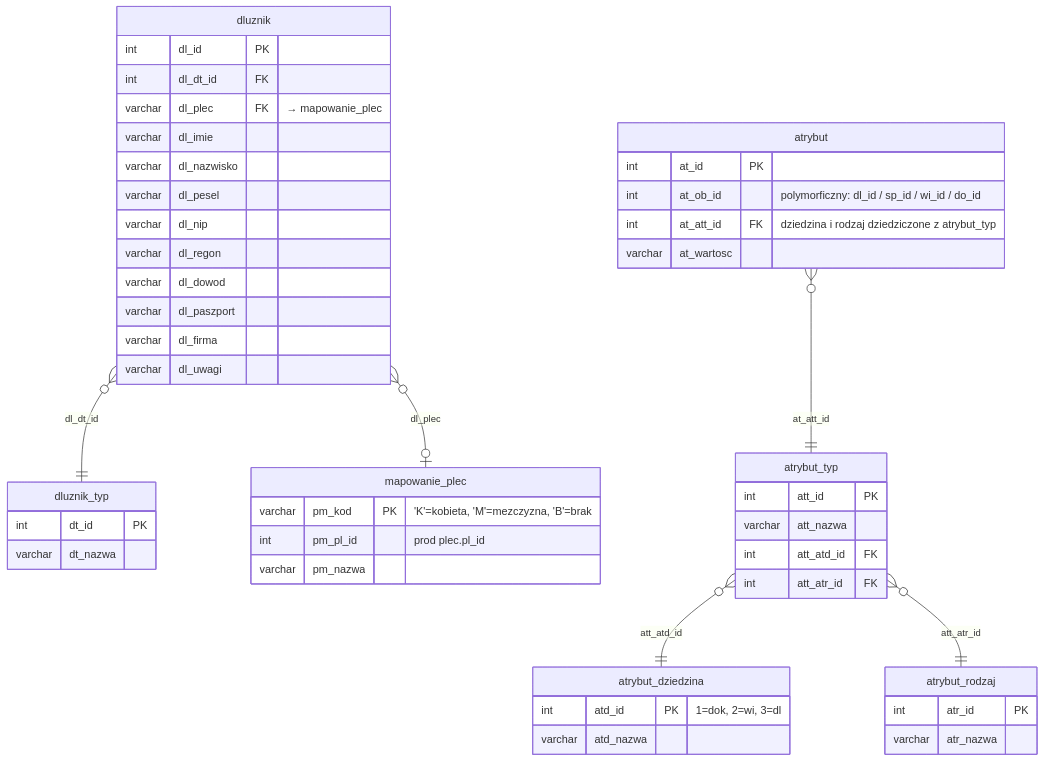
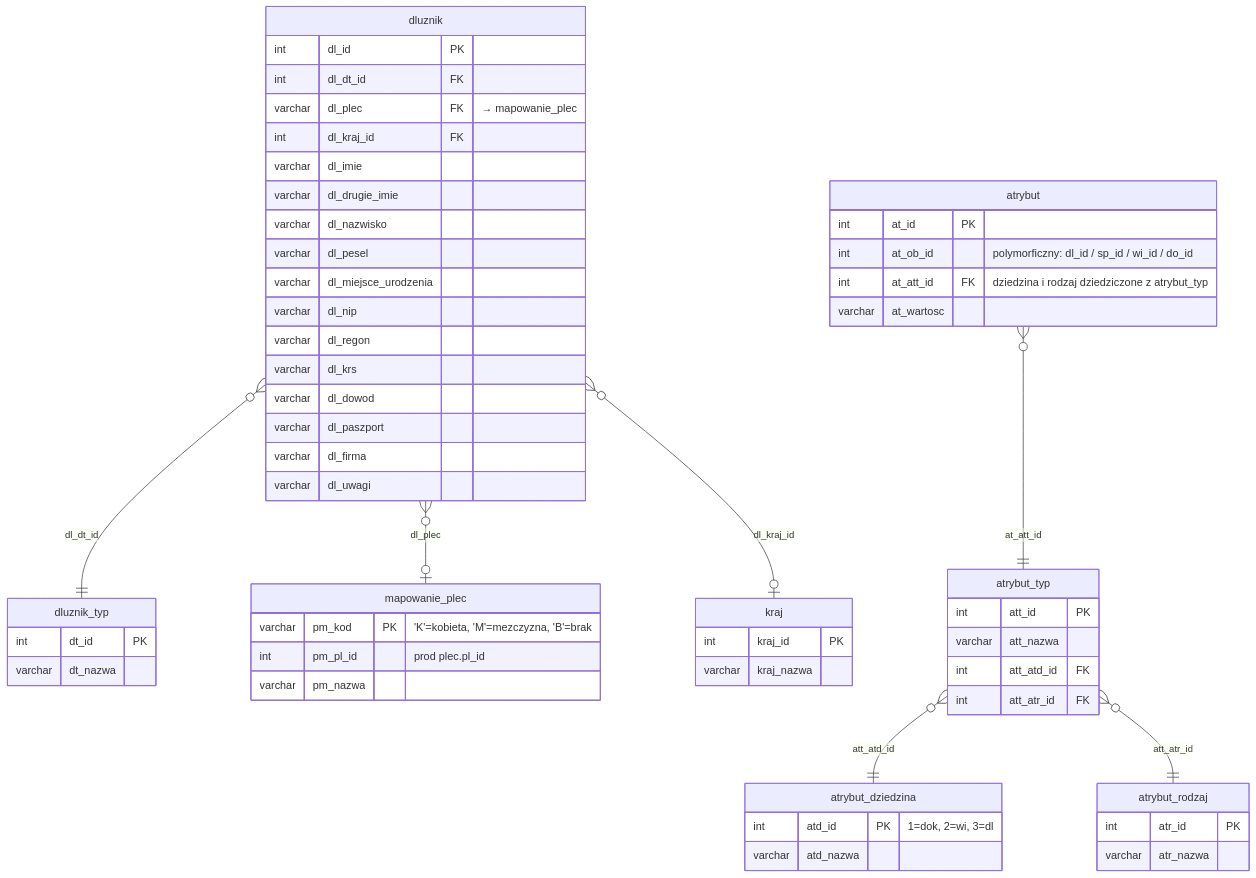
Before and after one commit to oskar-bialek-bakk/intrum-migration-docs: the diagram in docs/struktura-stagingu/dluznicy.md, drawn with Mermaid. The commit also changed other lines of this file and 3 other files, not shown here.

````diff
--- a/docs/struktura-stagingu/dluznicy.md
+++ b/docs/struktura-stagingu/dluznicy.md
@@ -26,58 +26,68 @@
 ```mermaid
 erDiagram
     dluznik_typ {
         int     dt_id    PK
         varchar dt_nazwa
     }
 
     mapowanie_plec {
         varchar pm_kod    PK  "'K'=kobieta, 'M'=mezczyzna, 'B'=brak"
         int     pm_pl_id      "prod plec.pl_id"
         varchar pm_nazwa
     }
 
     dluznik {
-        int     dl_id         PK
-        int     dl_dt_id      FK
-        varchar dl_plec       FK  "→ mapowanie_plec"
+        int     dl_id                PK
+        int     dl_dt_id             FK
+        varchar dl_plec              FK  "→ mapowanie_plec"
+        int     dl_kraj_id           FK
         varchar dl_imie
+        varchar dl_drugie_imie
         varchar dl_nazwisko
         varchar dl_pesel
+        varchar dl_miejsce_urodzenia
         varchar dl_nip
         varchar dl_regon
+        varchar dl_krs
         varchar dl_dowod
         varchar dl_paszport
         varchar dl_firma
         varchar dl_uwagi
+    }
+
+    kraj {
+        int     kraj_id    PK
+        varchar kraj_nazwa
     }
 
     atrybut_dziedzina {
         int     atd_id    PK   "1=dok, 2=wi, 3=dl"
         varchar atd_nazwa
     }
 
     atrybut_rodzaj {
         int     atr_id    PK
         varchar atr_nazwa
     }
 
     atrybut_typ {
         int     att_id     PK
         varchar att_nazwa
         int     att_atd_id FK
         int     att_atr_id FK
     }
 
     atrybut {
         int     at_id     PK
         int     at_ob_id       "polymorficzny: dl_id / sp_id / wi_id / do_id"
         int     at_att_id FK   "dziedzina i rodzaj dziedziczone z atrybut_typ"
         varchar at_wartosc
     }
 
     dluznik     }o--||  dluznik_typ       : "dl_dt_id"
     dluznik     }o--o|  mapowanie_plec    : "dl_plec"
+    dluznik     }o--o|  kraj              : "dl_kraj_id"
     atrybut     }o--||  atrybut_typ       : "at_att_id"
     atrybut_typ }o--||  atrybut_dziedzina : "att_atd_id"
     atrybut_typ }o--||  atrybut_rodzaj    : "att_atr_id"
 ```
````
